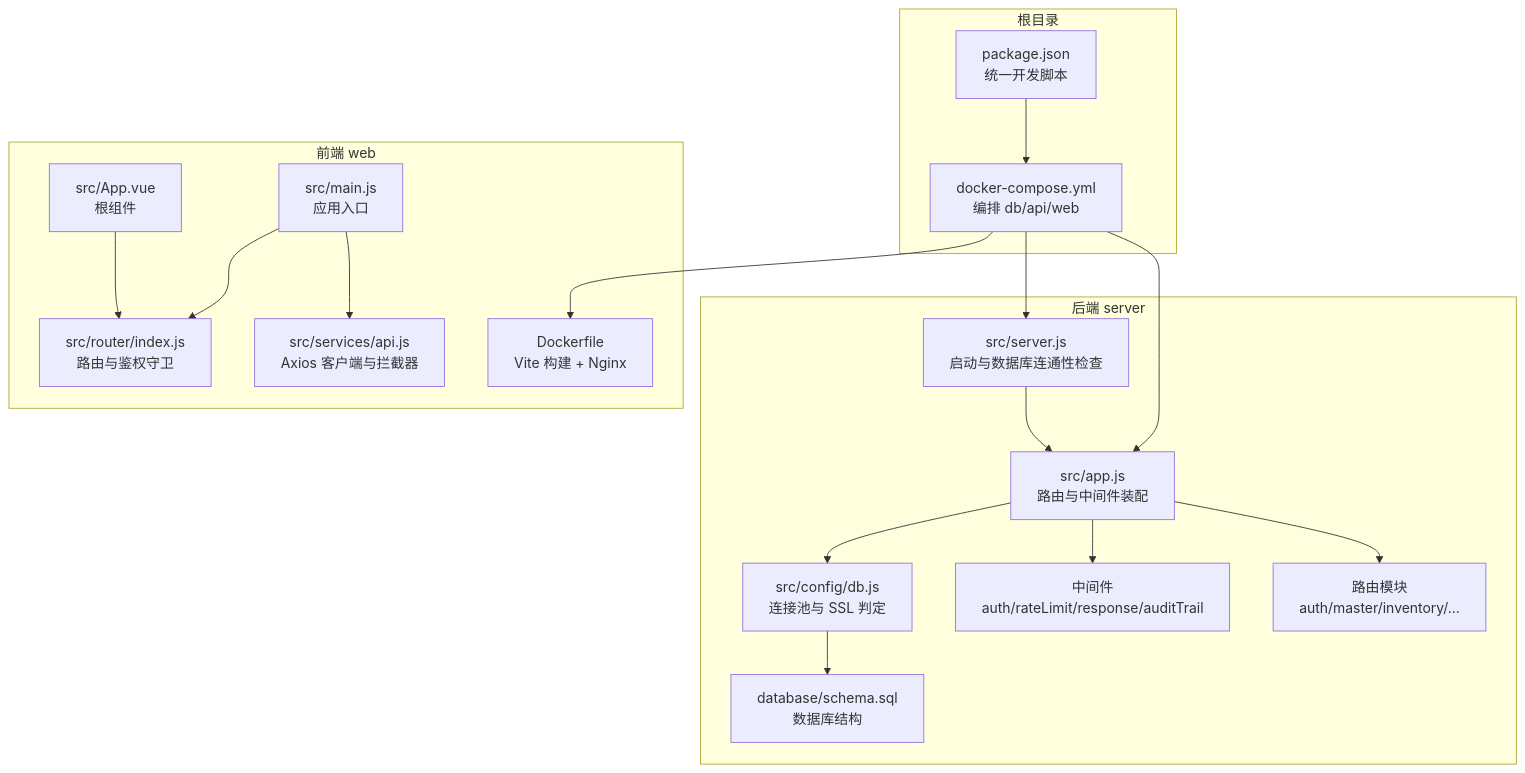
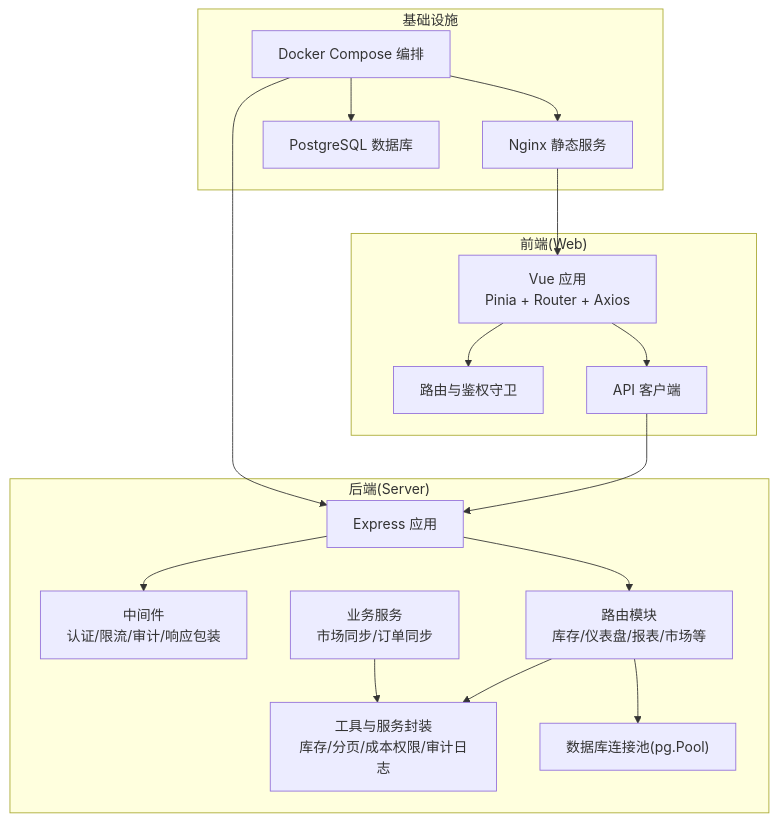
The first of 7 diagrams in .qoder/repowiki/zh/content/系统架构/系统架构.md (Juny09/inventory_system), drawn with Mermaid before and after one commit. The commit also changed other lines of this file and 171 other files, not shown here.

````diff
--- a/.qoder/repowiki/zh/content/系统架构/系统架构.md
+++ b/.qoder/repowiki/zh/content/系统架构/系统架构.md
@@ -43,34 +59,33 @@
 ```mermaid
 graph TB
-subgraph "根目录"
-RootPkg["package.json<br/>统一开发脚本"]
-Compose["docker-compose.yml<br/>编排 db/api/web"]
+subgraph "前端(Web)"
+VUE_APP["Vue 应用<br/>Pinia + Router + Axios"]
+ROUTER["路由与鉴权守卫"]
+API_CLIENT["API 客户端"]
 end
-subgraph "后端 server"
-SApp["src/app.js<br/>路由与中间件装配"]
-SServer["src/server.js<br/>启动与数据库连通性检查"]
-SConfig["src/config/db.js<br/>连接池与 SSL 判定"]
-SMW["中间件<br/>auth/rateLimit/response/auditTrail"]
-SRoutes["路由模块<br/>auth/master/inventory/..."]
-SDoc["database/schema.sql<br/>数据库结构"]
+subgraph "后端(Server)"
+EXPRESS_APP["Express 应用"]
+MIDDLEWARE["中间件<br/>认证/限流/审计/响应包装"]
+ROUTES["路由模块<br/>库存/仪表盘/报表/市场等"]
+SERVICES["业务服务<br/>市场同步/订单同步"]
+UTILS["工具与服务封装<br/>库存/分页/成本权限/审计日志"]
+DB_POOL["数据库连接池(pg.Pool)"]
 end
-subgraph "前端 web"
-WMain["src/main.js<br/>应用入口"]
-WApp["src/App.vue<br/>根组件"]
-WRouter["src/router/index.js<br/>路由与鉴权守卫"]
-WApi["src/services/api.js<br/>Axios 客户端与拦截器"]
-WBuild["Dockerfile<br/>Vite 构建 + Nginx"]
+subgraph "基础设施"
+NGINX["Nginx 静态服务"]
+POSTGRES["PostgreSQL 数据库"]
+COMPOSE["Docker Compose 编排"]
 end
-RootPkg --> Compose
-Compose --> SServer
-Compose --> SApp
-Compose --> WBuild
-SApp --> SRoutes
-SApp --> SMW
-SApp --> SConfig
-SServer --> SApp
-SConfig --> SDoc
-WMain --> WRouter
-WMain --> WApi
-WApp --> WRouter
+VUE_APP --> ROUTER
+VUE_APP --> API_CLIENT
+API_CLIENT --> EXPRESS_APP
+EXPRESS_APP --> MIDDLEWARE
+EXPRESS_APP --> ROUTES
+ROUTES --> UTILS
+ROUTES --> DB_POOL
+SERVICES --> UTILS
+NGINX --> VUE_APP
+COMPOSE --> POSTGRES
+COMPOSE --> EXPRESS_APP
+COMPOSE --> NGINX
 ```
````
